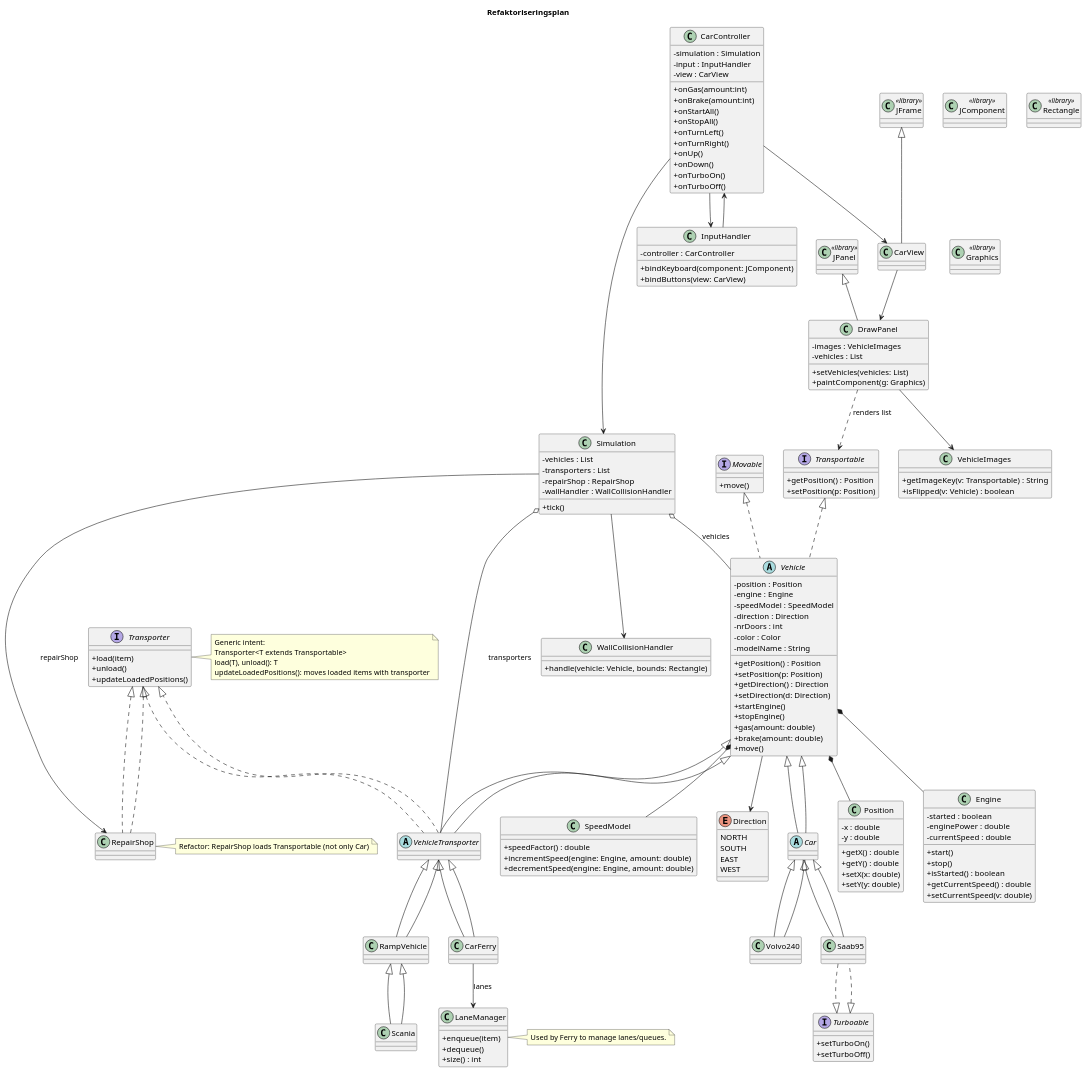
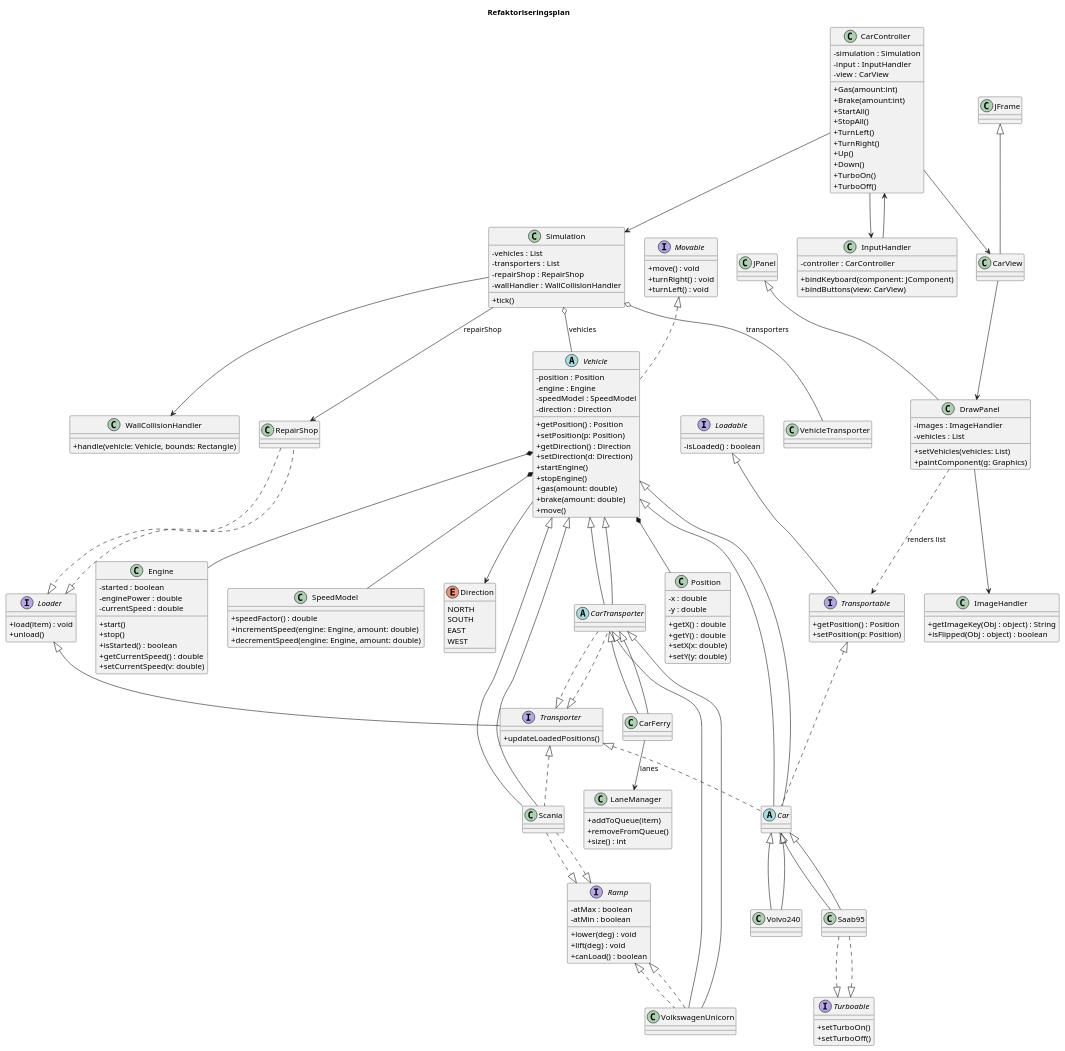
Before and after one commit to wat3rbottl/lab1: the diagram in src/Refactor.puml, drawn with PlantUML. The commit also changed 2 other files, not shown here.

Commit message:
UML updates cont.

```diff
--- a/src/Refactor.puml
+++ b/src/Refactor.puml
@@ -6,28 +6,40 @@
 ' Core interfaces
 ' =========================
 interface Movable {
-  + move()
+  + move() : void
+  + turnRight() : void
+  + turnLeft() : void
 }
-interface Transportable {
+
+interface Loadable{
+  - isLoaded() : boolean
+}
+
+interface Loader{
+  + load(item) : void
+  + unload()
+}
+
+interface Transportable extends Loadable {
   + getPosition() : Position
   + setPosition(p: Position)
 }
-interface Transporter {
-  + load(item)
-  + unload()
+
+interface Transporter extends Loader {
   + updateLoadedPositions()
 }
-
-note right of Transporter
-Generic intent:
-Transporter<T extends Transportable>
-load(T), unload(): T
-updateLoadedPositions(): moves loaded items with transporter
-end note
 
 interface Turboable {
   + setTurboOn()
   + setTurboOff()
+}
+
+interface Ramp {
+   - atMax : boolean
+   - atMin : boolean
+   + lower(deg) : void
+   + lift(deg) : void
+   + canLoad() : boolean
 }
 
 ' =========================
@@ -69,14 +81,11 @@
 ' =========================
 ' Domain model
 ' =========================
-abstract class Vehicle implements Movable, Transportable {
+abstract class Vehicle implements Movable{
   - position : Position
   - engine : Engine
   - speedModel : SpeedModel
   - direction : Direction
-  - nrDoors : int
-  - color : Color
-  - modelName : String
   + getPosition() : Position
   + setPosition(p: Position)
   + getDirection() : Direction
@@ -88,30 +97,24 @@
   + move()
 }
 
-abstract class Car extends Vehicle
+abstract class Car extends Vehicle implements Transportable, Transporter
 
 class Volvo240 extends Car
 class Saab95 extends Car implements Turboable
 
 ' Transporters
-abstract class VehicleTransporter extends Vehicle implements Transporter
-class RampVehicle extends VehicleTransporter
-class Scania extends RampVehicle
-class CarFerry extends VehicleTransporter
+abstract class CarTransporter extends Vehicle implements Transporter
+class Scania extends Vehicle implements Ramp, Transporter
+class CarFerry extends CarTransporter
+class VolkswagenUnicorn extends CarTransporter implements Ramp
 
-class RepairShop implements Transporter
-note right of RepairShop
-Refactor: RepairShop loads Transportable (not only Car)
-end note
+class RepairShop implements Loader
 
 class LaneManager {
-  + enqueue(item)
-  + dequeue()
+  + addToQueue(item)
+  + removeFromQueue()
   + size() : int
 }
-note right of LaneManager
-Used by Ferry to manage lanes/queues.
-end note
 
 ' =========================
 ' Simulation & rules
@@ -135,16 +138,16 @@
   - simulation : Simulation
   - input : InputHandler
   - view : CarView
-  + onGas(amount:int)
-  + onBrake(amount:int)
-  + onStartAll()
-  + onStopAll()
-  + onTurnLeft()
-  + onTurnRight()
-  + onUp()
-  + onDown()
-  + onTurboOn()
-  + onTurboOff()
+  + Gas(amount:int)
+  + Brake(amount:int)
+  + StartAll()
+  + StopAll()
+  + TurnLeft()
+  + TurnRight()
+  + Up()
+  + Down()
+  + TurboOn()
+  + TurboOff()
 }
 
 class InputHandler {
@@ -153,24 +156,19 @@
   + bindButtons(view: CarView)
 }
 
-class VehicleImages {
-  + getImageKey(v: Transportable) : String
-  + isFlipped(v: Vehicle) : boolean
+class ImageHandler {
+  + getImageKey(Obj : object) : String
+  + isFlipped(Obj : object) : boolean
 }
 
 class DrawPanel {
-  - images : VehicleImages
+  - images : ImageHandler
   - vehicles : List
   + setVehicles(vehicles: List)
   + paintComponent(g: Graphics)
 }
 
 class CarView
-class JFrame <<library>>
-class JPanel <<library>>
-class JComponent <<library>>
-class Rectangle <<library>>
-class Graphics <<library>>
 
 ' =========================
 ' Relationships
@@ -186,16 +184,17 @@
 Vehicle <|-- Car
 Car <|-- Volvo240
 Car <|-- Saab95
-
-Vehicle <|-- VehicleTransporter
-VehicleTransporter <|-- RampVehicle
-RampVehicle <|-- Scania
-VehicleTransporter <|-- CarFerry
+Vehicle <|-- CarTransporter
+CarTransporter <|-- VolkswagenUnicorn
+CarTransporter <|-- CarFerry
+Vehicle <|-- Scania
 
 ' Realizations
-VehicleTransporter ..|> Transporter
-RepairShop ..|> Transporter
+CarTransporter ..|> Transporter
+RepairShop ..|> Loader
 Saab95 ..|> Turboable
+Scania ..|> Ramp
+VolkswagenUnicorn ..|> Ramp
 
 ' Ferry uses LaneManager
 CarFerry --> LaneManager : lanes
@@ -216,7 +215,7 @@
 
 InputHandler --> CarController
 
-DrawPanel --> VehicleImages
+DrawPanel --> ImageHandler
 DrawPanel ..> Transportable : renders list
 
 CarView --> DrawPanel
```
